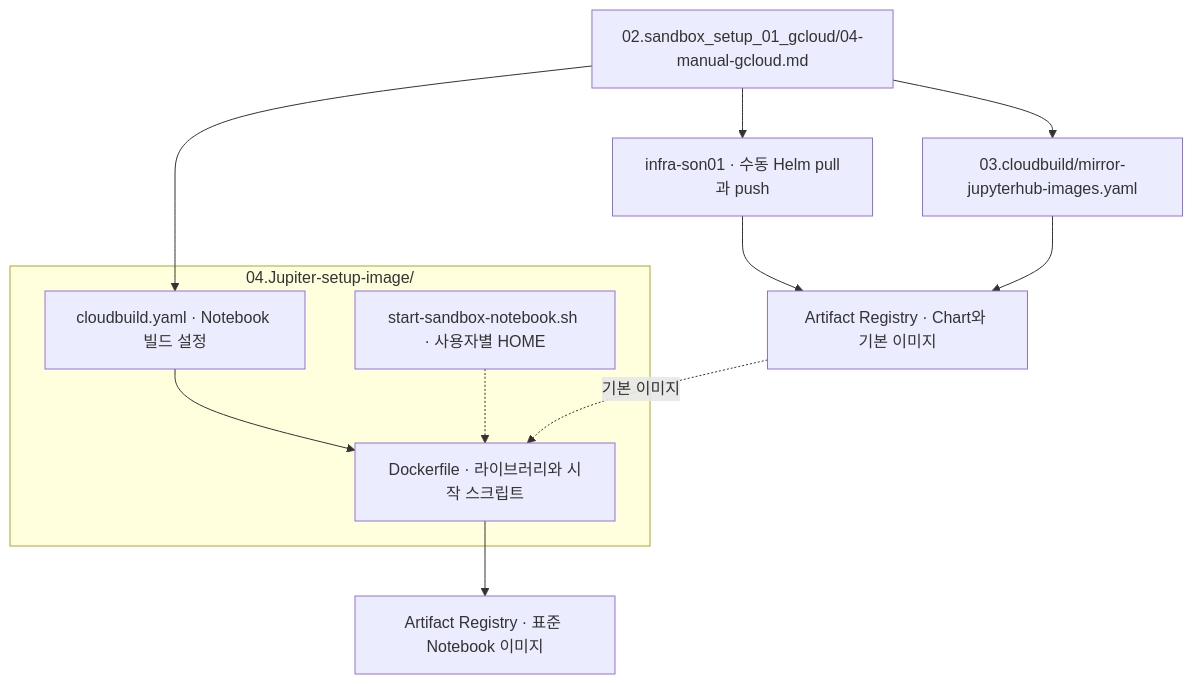
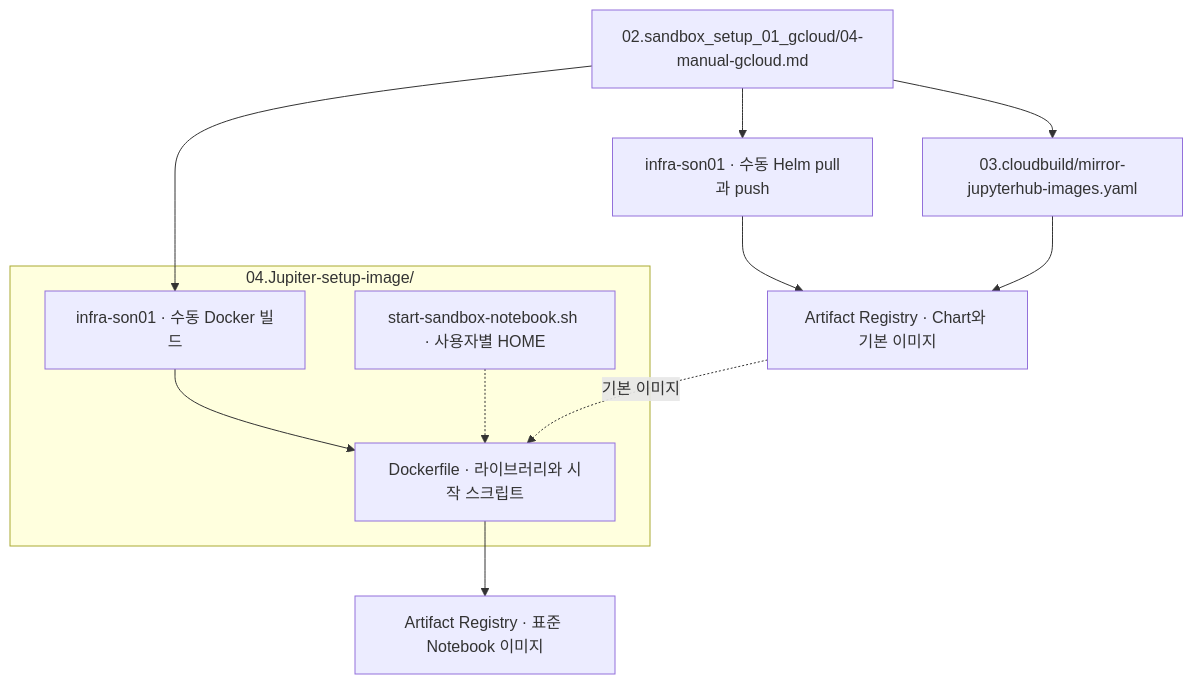
One commit to sonmap/https-github.com-sonmap-GCP_SBX_Test02 changed the third of 6 diagrams in 01.docs/reference/file-relationships.md. Above: the diagram before and after it, drawn with Mermaid. The commit also changed other lines of this file and 14 other files, not shown here.

````diff
--- a/01.docs/reference/file-relationships.md
+++ b/01.docs/reference/file-relationships.md
@@ -60,19 +60,19 @@
 ```mermaid
 flowchart TD
     OP["02.sandbox_setup_01_gcloud/04-manual-gcloud.md"]
     CH["infra-son01 · 수동 Helm pull과 push"]
     MI["03.cloudbuild/mirror-jupyterhub-images.yaml"]
     AR["Artifact Registry · Chart와 기본 이미지"]
     OP --> CH --> AR
     OP --> MI --> AR
     subgraph NB["04.Jupiter-setup-image/"]
-      CB["cloudbuild.yaml · Notebook 빌드 설정"]
+      CB["infra-son01 · 수동 Docker 빌드"]
       DF["Dockerfile · 라이브러리와 시작 스크립트"]
       SH["start-sandbox-notebook.sh · 사용자별 HOME"]
       CB --> DF
       SH -.-> DF
     end
     OP --> CB
     AR -. "기본 이미지" .-> DF
     DF --> OUT["Artifact Registry · 표준 Notebook 이미지"]
 ```
````
